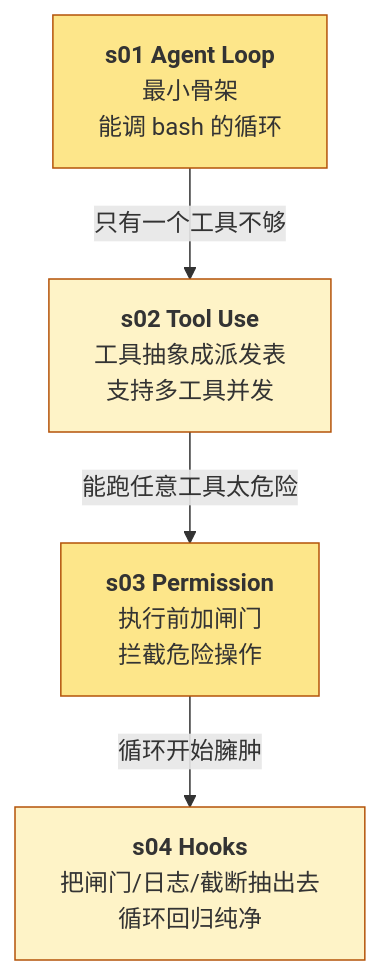
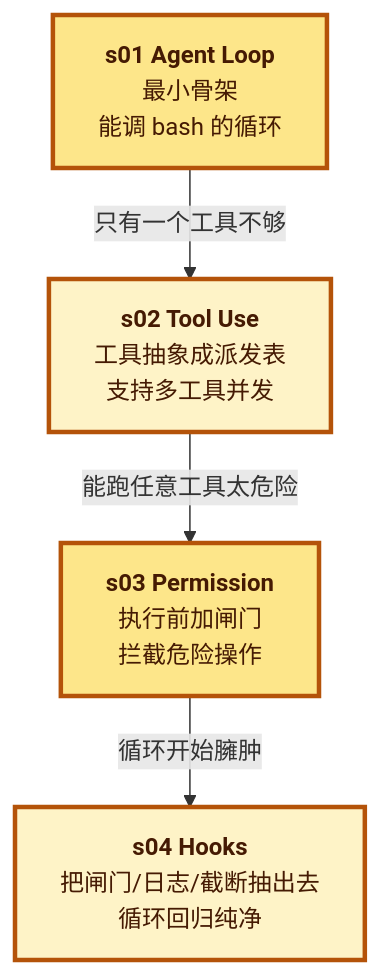
Before and after one commit to PyrePuin/From-Zero-LLM-Agent-Infra-Notes: the first of 2 diagrams in Agent/Harness/Claude Code/Phase 1 - 基础机制/00 - 综合总结.md, drawn with Mermaid. The commit also changed other lines of this file and 23 other files, not shown here.

First line of the commit message:
refactor(mermaid): 统一所有图的视觉规范

````diff
--- a/Agent/Harness/Claude Code/Phase 1 - 基础机制/00 - 综合总结.md
+++ b/Agent/Harness/Claude Code/Phase 1 - 基础机制/00 - 综合总结.md
@@ -26,14 +26,15 @@
 ```mermaid
+%%{init: {'themeVariables': {'fontSize': '16px', 'fontFamily': 'ui-sans-serif, system-ui, -apple-system, "Segoe UI", Roboto, sans-serif'}}}%%
 flowchart TD
     s01["<b>s01 Agent Loop</b><br/>最小骨架<br/>能调 bash 的循环"]
     s02["<b>s02 Tool Use</b><br/>工具抽象成派发表<br/>支持多工具并发"]
     s03["<b>s03 Permission</b><br/>执行前加闸门<br/>拦截危险操作"]
     s04["<b>s04 Hooks</b><br/>把闸门/日志/截断抽出去<br/>循环回归纯净"]
     s01 -->|"只有一个工具不够"| s02
     s02 -->|"能跑任意工具太危险"| s03
     s03 -->|"循环开始臃肿"| s04
-    style s01 fill:#fde68a,stroke:#b45309
-    style s02 fill:#fef3c7,stroke:#b45309
-    style s03 fill:#fde68a,stroke:#b45309
-    style s04 fill:#fef3c7,stroke:#b45309
+    style s01 fill:#fde68a,stroke:#b45309,stroke-width:3px,color:#451a03
+    style s02 fill:#fef3c7,stroke:#b45309,stroke-width:3px,color:#451a03
+    style s03 fill:#fde68a,stroke:#b45309,stroke-width:3px,color:#451a03
+    style s04 fill:#fef3c7,stroke:#b45309,stroke-width:3px,color:#451a03
 ```
````
